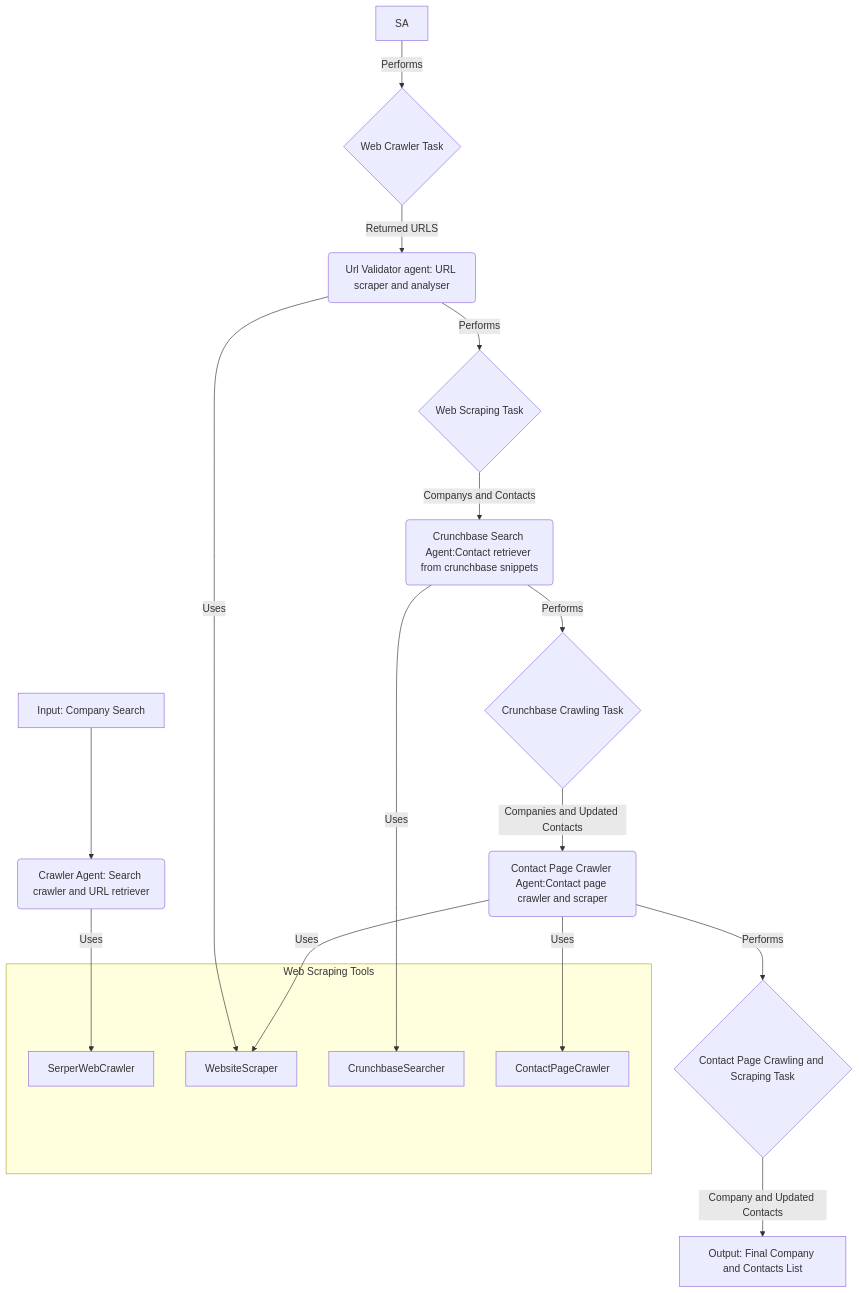
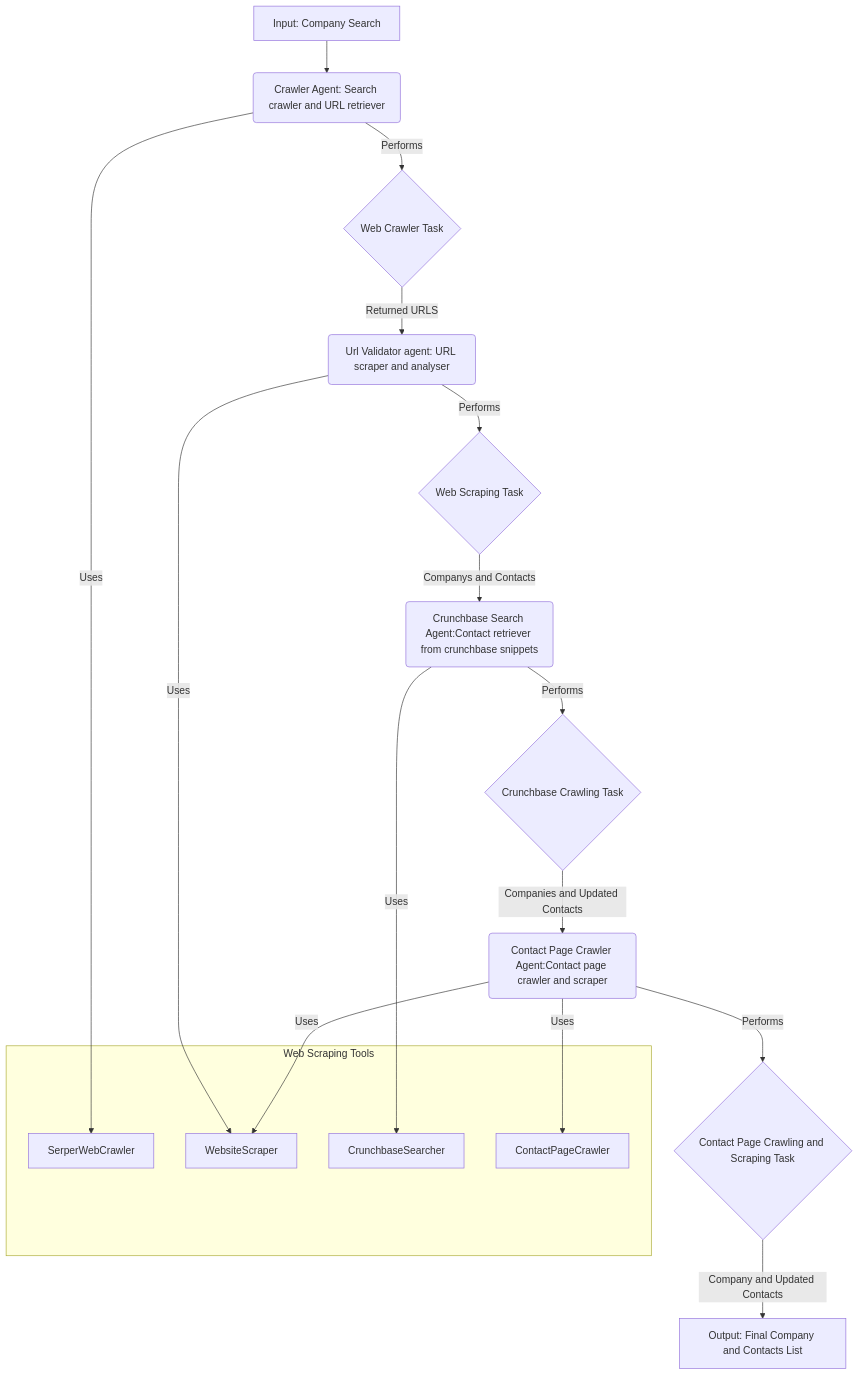
One commit to masumi-network/crewai-masumi-reference-implementations changed the diagram in crewai-company-finder-agent/README.md. Above: the diagram before and after it, drawn with Mermaid.

Commit message:
fixed formatting in mermaid graph

````diff
--- a/crewai-company-finder-agent/README.md
+++ b/crewai-company-finder-agent/README.md
@@ -5,33 +5,33 @@
 ```mermaid
 graph TD
     A[Input: Company Search] --> CA(Crawler Agent: Search crawler and URL retriever);
 
     subgraph "Web Scraping Tools"
         T1[SerperWebCrawler]
         T2[WebsiteScraper]
         T3[CrunchbaseSearcher]
         T4[ContactPageCrawler]
     end
 
     CA -- Uses --> T1;
-    SA -- Performs --> WBT{Web Crawler Task};
+    CA -- Performs --> WBT{Web Crawler Task};
 
     WBT -- Returned URLS --> UV(Url Validator agent: URL scraper and analyser);
     UV -- Uses --> T2;
     UV -- Performs --> WST{Web Scraping Task};
 
     WST -- Companys and Contacts --> CS(Crunchbase Search Agent:Contact retriever from crunchbase snippets);
     
 
     CS -- Uses --> T3;
     CS -- Performs --> CCT{Crunchbase Crawling Task};
 
     CCT -- Companies and Updated Contacts --> CPC(Contact Page Crawler Agent:Contact page crawler and scraper);
 
     CPC -- Uses --> T4;
     CPC -- Uses --> T2;
 
     CPC -- Performs --> CPS{Contact Page Crawling and Scraping Task};
     CPS -- Company and Updated Contacts --> FL[Output: Final Company and Contacts List];
     
 ```
````
